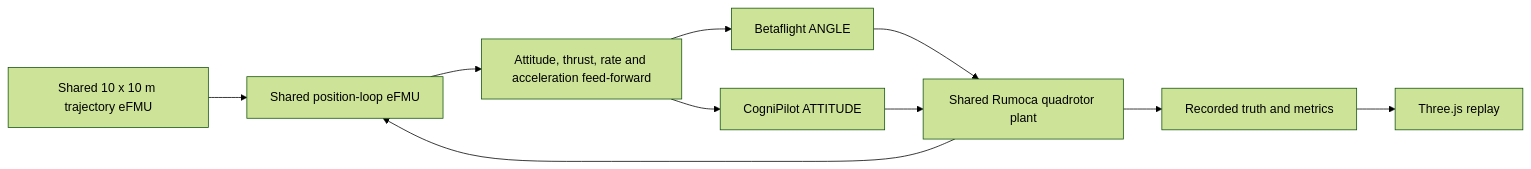
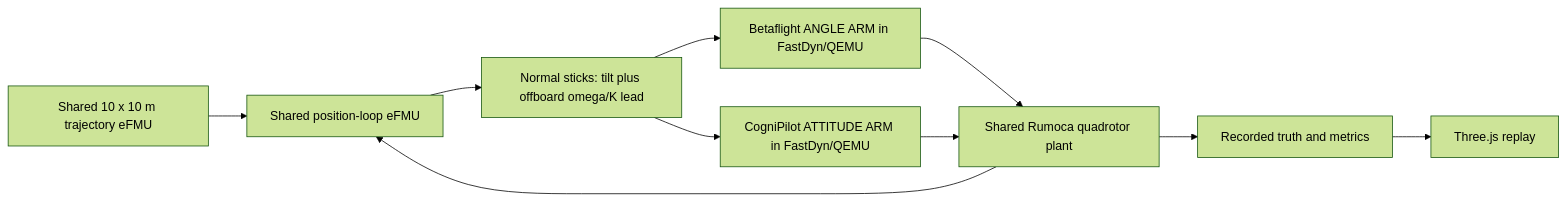
The diagram in README.md (An1Sura/PURT-UAS_Autonomous_Drone_Racing_Workspace), drawn with Mermaid (forest theme) before and after one commit. The commit also changed other lines of this file and 147 other files, not shown here.

First line of the commit message:
Integrate normal-stick tilt lead with paired FastDyn ARM recordings

````diff
--- a/README.md
+++ b/README.md
@@ -17,12 +17,12 @@
 ```mermaid
 flowchart LR
     T[Shared 10 x 10 m trajectory eFMU] --> C[Shared position-loop eFMU]
     P[Shared Rumoca quadrotor plant] --> C
-    C --> A[Attitude, thrust, rate and acceleration feed-forward]
-    A --> BF[Betaflight ANGLE]
-    A --> CG[CogniPilot ATTITUDE]
+    C --> A[Normal sticks: tilt plus offboard omega/K lead]
+    A --> BF[Betaflight ANGLE ARM in FastDyn/QEMU]
+    A --> CG[CogniPilot ATTITUDE ARM in FastDyn/QEMU]
     BF --> P
     CG --> P
     P --> L[Recorded truth and metrics]
     L --> V[Three.js replay]
 ```
````
